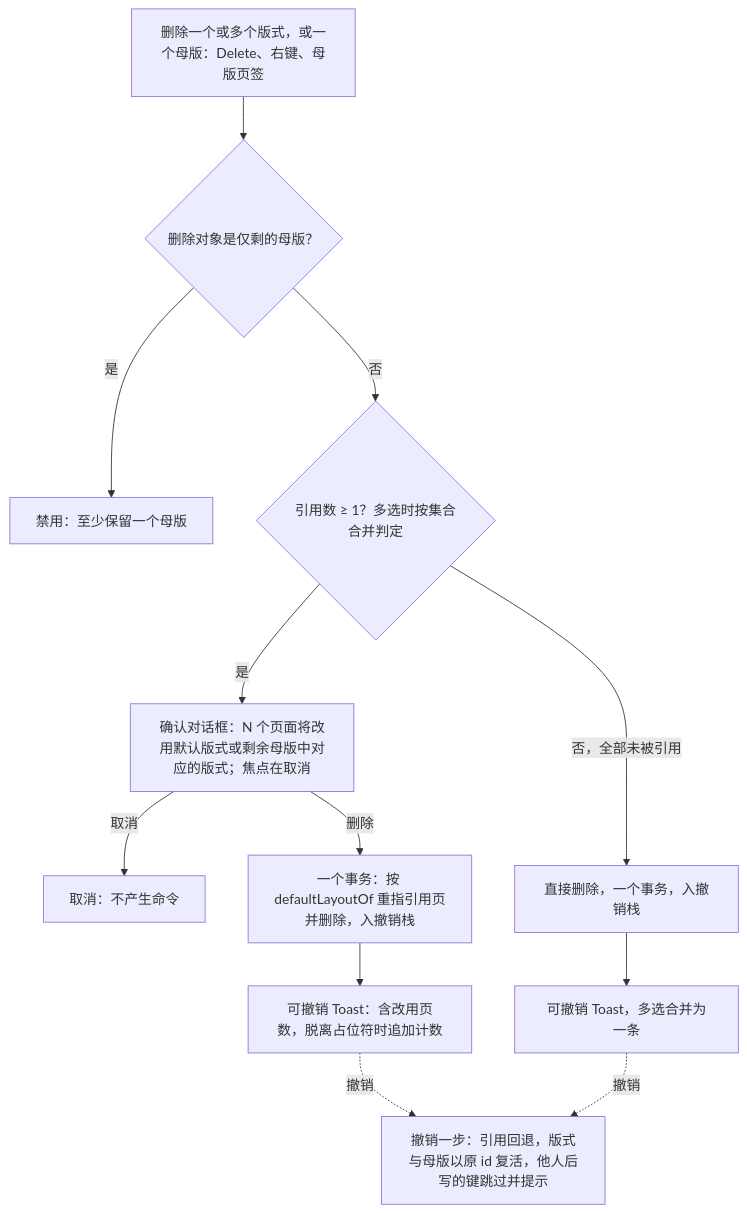
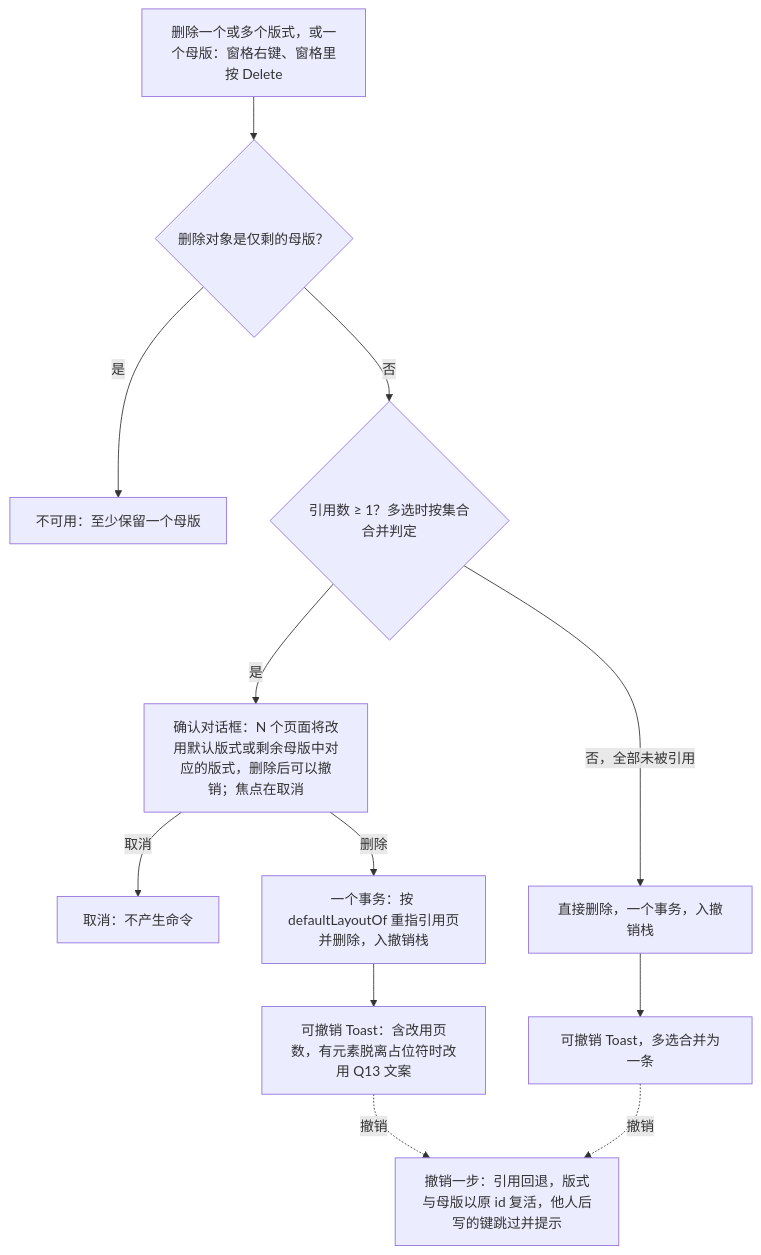
One commit to Xeonice/cordis-ppt-editor changed the sixth of 6 diagrams in docs/50-frontend/11-masters-layouts-and-themes.md. Above: the diagram before and after it, drawn with Mermaid. The commit also changed other lines of this file and 25 other files, not shown here.

````diff
--- a/docs/50-frontend/11-masters-layouts-and-themes.md
+++ b/docs/50-frontend/11-masters-layouts-and-themes.md
@@ -333,23 +383,23 @@
 ```mermaid
 flowchart TB
-  del["删除一个或多个版式，或一个母版：Delete、右键、母版页签"]
+  del["删除一个或多个版式，或一个母版：窗格右键、窗格里按 Delete"]
   last{"删除对象是仅剩的母版？"}
-  disabled["禁用：至少保留一个母版"]
+  disabled["不可用：至少保留一个母版"]
   ref{"引用数 ≥ 1？多选时按集合合并判定"}
-  dialog["确认对话框：N 个页面将改用默认版式或剩余母版中对应的版式；焦点在取消"]
+  dialog["确认对话框：N 个页面将改用默认版式或剩余母版中对应的版式，删除后可以撤销；焦点在取消"]
   cancel["取消：不产生命令"]
   heavy["一个事务：按 defaultLayoutOf 重指引用页并删除，入撤销栈"]
-  heavyToast["可撤销 Toast：含改用页数，脱离占位符时追加计数"]
+  heavyToast["可撤销 Toast：含改用页数，有元素脱离占位符时改用 Q13 文案"]
   light["直接删除，一个事务，入撤销栈"]
   toast["可撤销 Toast，多选合并为一条"]
   undo["撤销一步：引用回退，版式与母版以原 id 复活，他人后写的键跳过并提示"]
   del --> last
   last -->|"是"| disabled
   last -->|"否"| ref
   ref -->|"是"| dialog
   dialog -->|"删除"| heavy --> heavyToast
   dialog -->|"取消"| cancel
   ref -->|"否，全部未被引用"| light --> toast
   heavyToast -.->|"撤销"| undo
   toast -.->|"撤销"| undo
 ```
````
